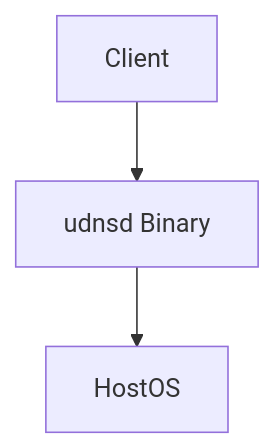
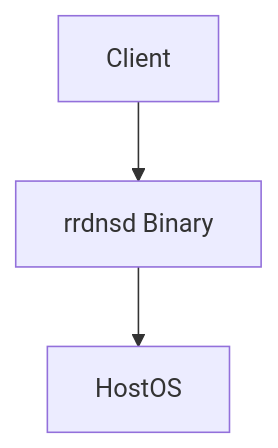
One commit to haukened/rr-dns changed the fifth of 5 diagrams in docs/arc42.md. Above: the diagram before and after it, drawn with Mermaid. The commit also changed other lines of this file and 2 other files, not shown here.

````diff
--- a/docs/arc42.md
+++ b/docs/arc42.md
@@ -225,5 +280,5 @@
 ```mermaid
 graph TD
-  Client --> uDNSD[udnsd Binary]
-  uDNSD --> HostOS
+  Client --> rrdnsd[rrdnsd Binary]
+  rrdnsd --> HostOS
 ```
````
